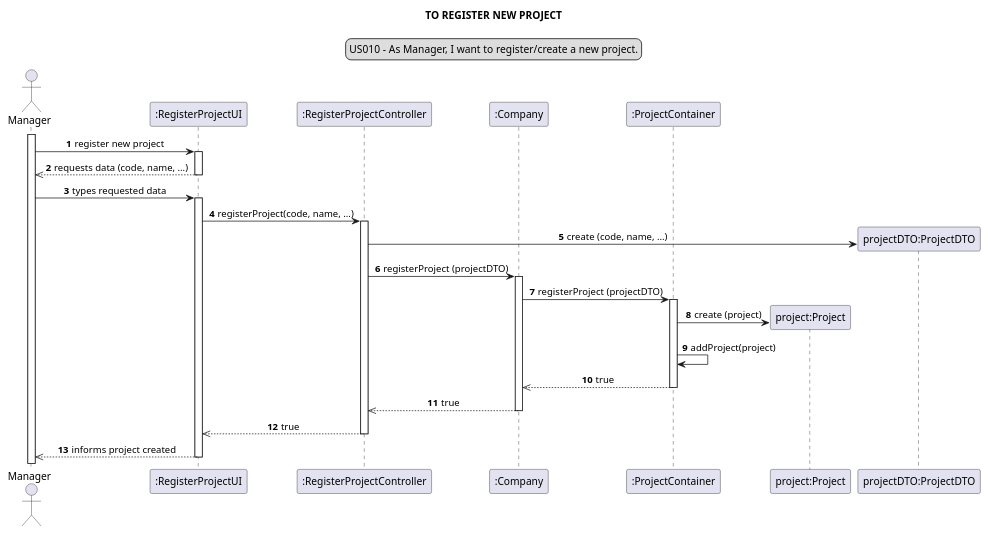
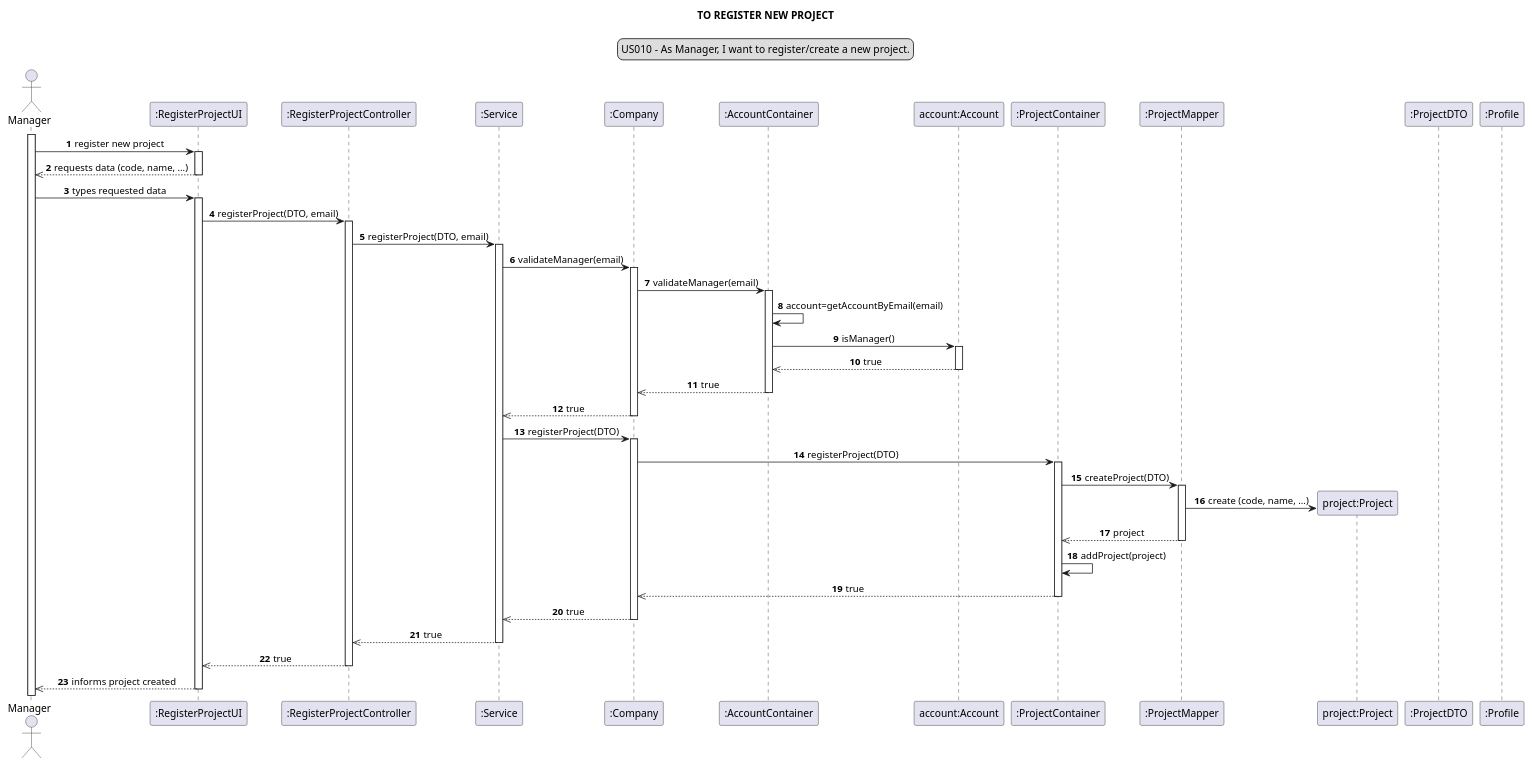
The diagram in docs/modelling_design/user_stories/us010/US010_sequenceDiagram.puml (Loracline/project_switch_22-23), drawn with PlantUML before and after one commit. The commit also changed 1 other file, not shown here.

Commit message:
US010 : Design : Refinement os Class Diagram and Sequence Diagram.

```diff
--- a/docs/modelling_design/user_stories/us010/US010_sequenceDiagram.puml
+++ b/docs/modelling_design/user_stories/us010/US010_sequenceDiagram.puml
@@ -1,46 +1,69 @@
 @startuml
 
 skinparam sequenceMessageAlign center
 title TO REGISTER NEW PROJECT
 legend top
 US010 - As Manager, I want to register/create a new project.
 end legend
 autonumber
 
 actor Manager as mg
 participant ":RegisterProjectUI" as ui
 participant ":RegisterProjectController" as controller
+participant ":Service" as ser
 participant ":Company" as comp
+participant ":AccountContainer" as ac
+participant "account:Account" as a
 participant ":ProjectContainer" as PC
+participant ":ProjectMapper" as mapper
 participant "project:Project" as project
-participant "projectDTO:ProjectDTO" as pdto
+participant ":ProjectDTO" as dto
+participant ":Profile" as pf
 
 activate mg
 mg ->ui : register new project
 activate ui
 ui -->> mg: requests data (code, name, ...)
 deactivate ui
 mg -> ui: types requested data
 activate ui
-ui -> controller: registerProject(code, name, ...)
+ui -> controller: registerProject(DTO, email)
 activate controller
-create pdto
-controller -> pdto : create (code, name, ...)
-controller -> comp: registerProject (projectDTO)
+controller -> ser: registerProject(DTO, email)
+activate ser
+ser -> comp: validateManager(email)
 activate comp
-comp -> PC : registerProject (projectDTO)
+comp -> ac: validateManager(email)
+activate ac
+ac -> ac: account=getAccountByEmail(email)
+ac -> a: isManager()
+activate a
+a -->> ac: true
+deactivate a
+ac -->> comp: true
+deactivate ac
+comp -->> ser: true
+deactivate comp
+ser -> comp: registerProject(DTO)
+activate comp
+comp -> PC : registerProject(DTO)
 activate PC
+PC -> mapper: createProject(DTO)
+activate mapper
 create project
-PC -> project : create (project)
+mapper -> project : create (code, name, ...)
+mapper -->> PC: project
+deactivate mapper
 PC -> PC : addProject(project)
 PC -->> comp : true
 deactivate PC
-comp -->>controller: true
+comp -->>ser: true
 deactivate comp
-deactivate PC
+ser -->> controller: true
+deactivate ser
 controller -->> ui : true
 deactivate controller
 ui -->> mg :  informs project created
 deactivate ui
 
 @enduml
```
